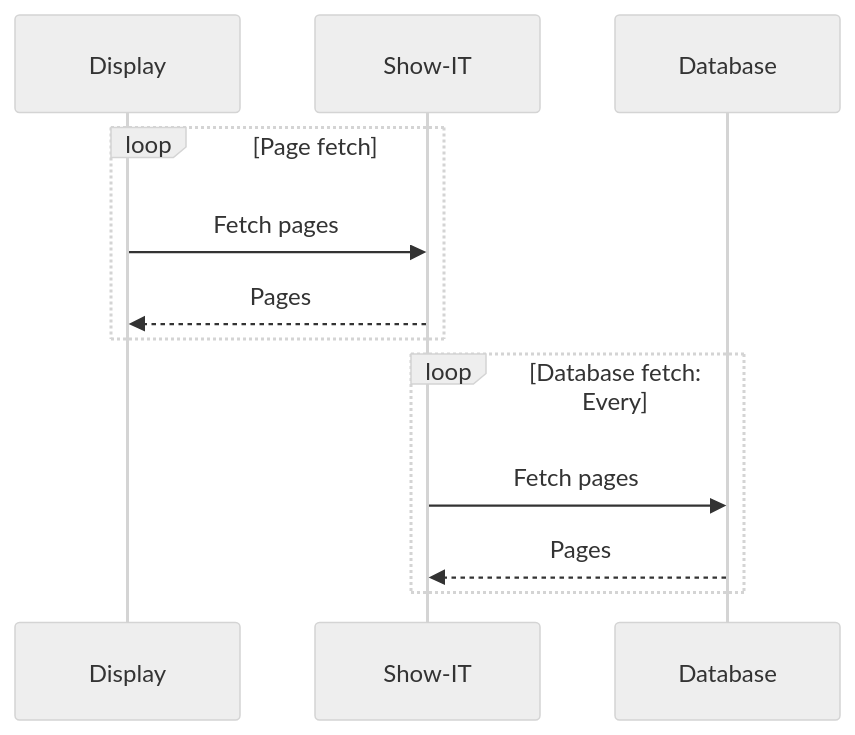
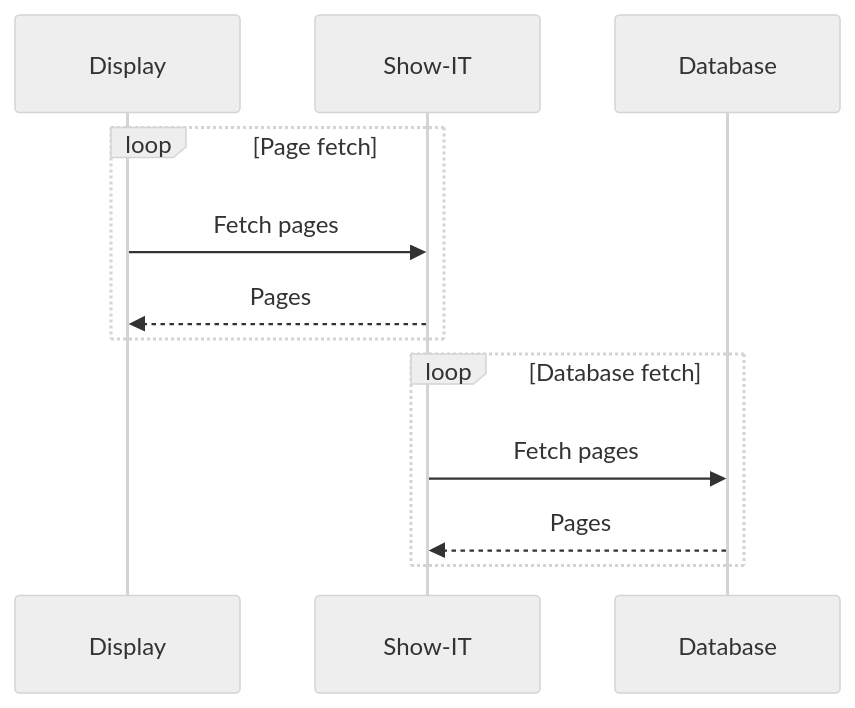
The first of 5 diagrams in docs/access-control.md (Slenderman00/show-it), drawn with Mermaid (neutral theme) before and after one commit.

Commit message:
fix: correction

````diff
--- a/docs/access-control.md
+++ b/docs/access-control.md
@@ -26,11 +26,11 @@
 ```mermaid
 sequenceDiagram
 loop  Page fetch
 Display->>Show-IT: Fetch pages
 Show-IT-->>Display: Pages
 end
-loop Database fetch: Every
+loop Database fetch
 Show-IT->>Database: Fetch pages
 Database-->>Show-IT: Pages
 end
 ```
````
